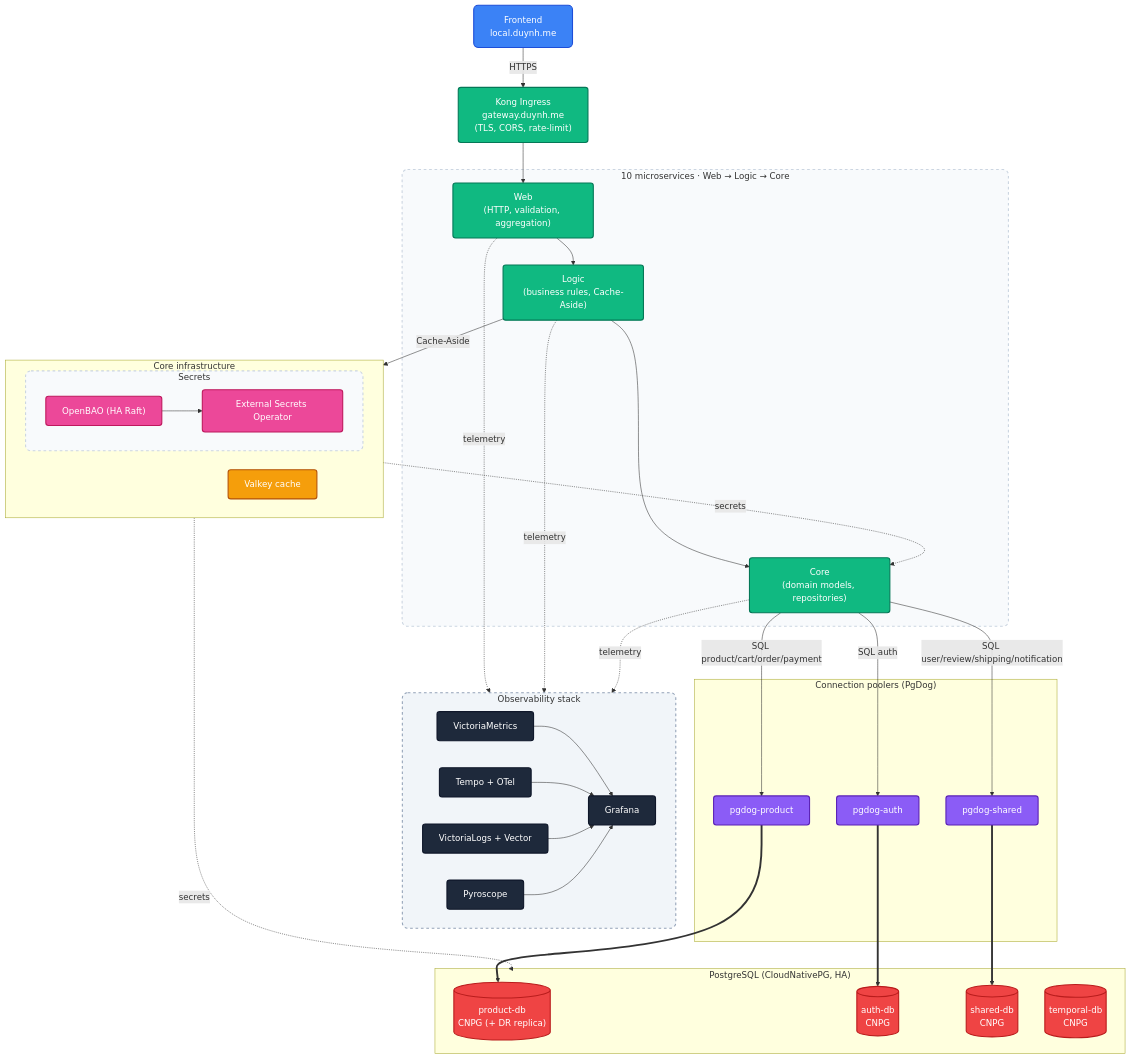
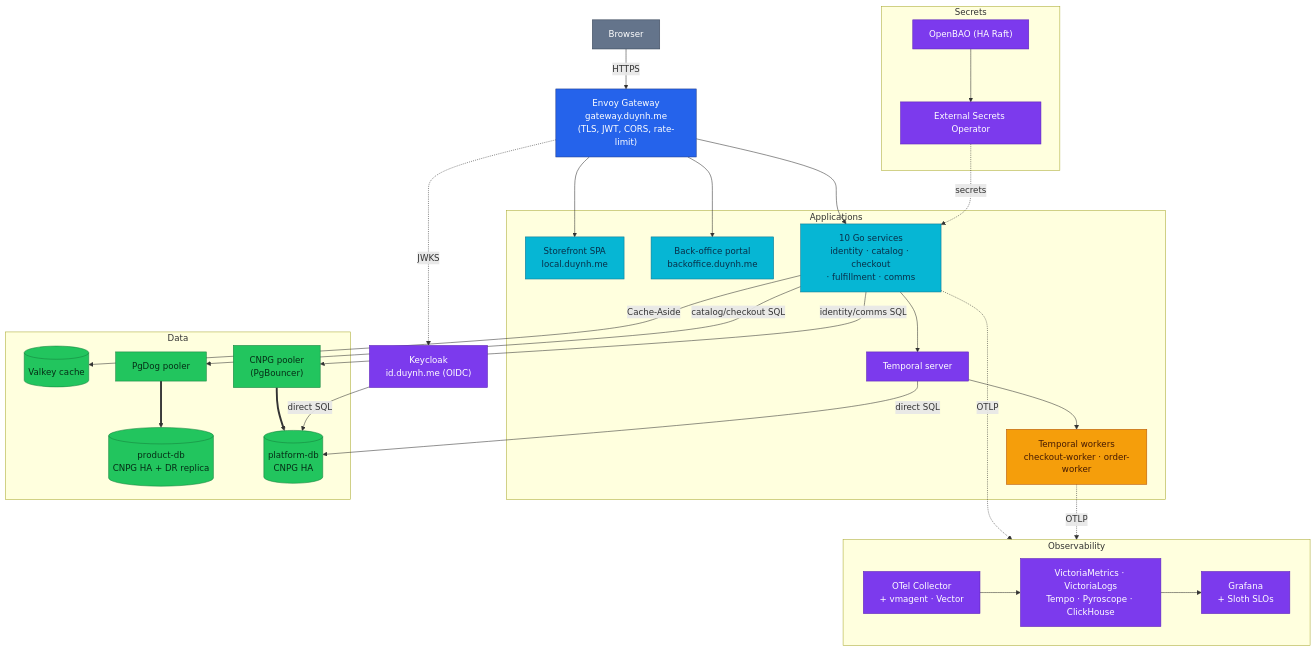
One commit to duynhlab/homelab changed the first of 2 diagrams in README.md. Above: the diagram before and after it, drawn with Mermaid. The commit also changed other lines of this file and 1 other file, not shown here.

Commit message:
Refresh root README to the deployed platform
The overview and topology diagram still described the Kong-era
layout: Kong as the edge, three PgDog poolers, and an
auth-db/shared-db/temporal-db cluster list that never matched the
deployed product-db/platform-db pair.

Redrawn against the manifests, in the house diagram palette: Envoy
Gateway edge (NodePorts 30080/30443) with Keycloak JWKS, storefront +
back-office + 10 Go services across the five domains, the Temporal
server/worker pair, PgDog (product-db) vs CNPG PgBouncer (platform-db)
pooling with Keycloak/Temporal direct connections, and the OTLP
observability plane including ClickHouse and Sloth. The local-access
table gains the id/backoffice/temporal hosts and the Kind port note
now names the Envoy Gateway NodePorts. Both Mermaid blocks rendered
with mmdc before commit.

````diff
--- a/README.md
+++ b/README.md
@@ -42,70 +44,54 @@
 ```mermaid
 flowchart TD
-    classDef frontend fill:#3b82f6,stroke:#1d4ed8,stroke-width:2px,color:#fff,rx:8px,ry:8px
-    classDef layer    fill:#10b981,stroke:#047857,stroke-width:2px,color:#fff,rx:5px,ry:5px
-    classDef cache    fill:#f59e0b,stroke:#b45309,stroke-width:2px,color:#fff,rx:5px,ry:5px
-    classDef pooler   fill:#8b5cf6,stroke:#5b21b6,stroke-width:2px,color:#fff,rx:5px,ry:5px
-    classDef database fill:#ef4444,stroke:#b91c1c,stroke-width:2px,color:#fff
-    classDef obs      fill:#1e293b,stroke:#0f172a,stroke-width:2px,color:#fff,rx:5px,ry:5px
-    classDef obsGroup fill:#f1f5f9,stroke:#94a3b8,stroke-width:2px,stroke-dasharray:5 5,rx:10px,ry:10px
-    classDef secret   fill:#ec4899,stroke:#be185d,stroke-width:2px,color:#fff,rx:5px,ry:5px
-    classDef servicebox fill:#f8fafc,stroke:#cbd5e1,stroke-width:2px,stroke-dasharray:5 5,rx:10px,ry:10px
+    classDef edge fill:#2563eb,color:#fff,stroke:#1e3a8a;
+    classDef service fill:#06b6d4,color:#082f49,stroke:#0e7490;
+    classDef worker fill:#f59e0b,color:#451a03,stroke:#b45309;
+    classDef platform fill:#7c3aed,color:#fff,stroke:#5b21b6;
+    classDef data fill:#22c55e,color:#052e16,stroke:#15803d;
+    classDef external fill:#64748b,color:#fff,stroke:#334155;
 
-    FE["Frontend<br/>local.duynh.me"]:::frontend
-    Kong["Kong Ingress<br/>gateway.duynh.me<br/>(TLS, CORS, rate-limit)"]:::layer
+    Browser["Browser"]:::external
+    EG["Envoy Gateway<br/>gateway.duynh.me<br/>(TLS, JWT, CORS, rate-limit)"]:::edge
+    KC["Keycloak<br/>id.duynh.me (OIDC)"]:::platform
 
-    subgraph Microservices ["10 microservices · Web → Logic → Core"]
-        WebLayer["Web<br/>(HTTP, validation, aggregation)"]:::layer
-        LogicLayer["Logic<br/>(business rules, Cache-Aside)"]:::layer
-        CoreLayer["Core<br/>(domain models, repositories)"]:::layer
-        WebLayer --> LogicLayer --> CoreLayer
+    subgraph Apps ["Applications"]
+        SPA["Storefront SPA<br/>local.duynh.me"]:::service
+        BO["Back-office portal<br/>backoffice.duynh.me"]:::service
+        SVC["10 Go services<br/>identity · catalog · checkout<br/>· fulfillment · comms"]:::service
+        TMP["Temporal server"]:::platform
+        WK["Temporal workers<br/>checkout-worker · order-worker"]:::worker
     end
 
-    subgraph Observability ["Observability stack"]
-        direction LR
-        prom["VictoriaMetrics"]:::obs
-        tempo["Tempo + OTel"]:::obs
-        vlogs["VictoriaLogs + Vector"]:::obs
-        pyro["Pyroscope"]:::obs
-        grafana["Grafana"]:::obs
-        prom & tempo & vlogs & pyro --> grafana
+    subgraph Data ["Data"]
+        valkey[("Valkey cache")]:::data
+        pgdog["PgDog pooler"]:::data
+        pgb["CNPG pooler<br/>(PgBouncer)"]:::data
+        productdb[("product-db<br/>CNPG HA + DR replica")]:::data
+        platformdb[("platform-db<br/>CNPG HA")]:::data
     end
 
-    subgraph CoreInfra ["Core infrastructure"]
+    subgraph Obs ["Observability"]
         direction LR
-        valkey["Valkey cache"]:::cache
-        subgraph SecretsDev ["Secrets"]
-            openbao["OpenBAO (HA Raft)"]:::secret
-            eso["External Secrets Operator"]:::secret
-            openbao --> eso
-        end
+        otel["OTel Collector<br/>+ vmagent · Vector"]:::platform
+        backends["VictoriaMetrics · VictoriaLogs<br/>Tempo · Pyroscope · ClickHouse"]:::platform
+        grafana["Grafana<br/>+ Sloth SLOs"]:::platform
+        otel --> backends --> grafana
     end
 
-    subgraph Poolers ["Connection poolers (PgDog)"]
-        pdog_product["pgdog-product"]:::pooler
-        pdog_auth["pgdog-auth"]:::pooler
-        pdog_shared["pgdog-shared"]:::pooler
+    subgraph Sec ["Secrets"]
+        openbao["OpenBAO (HA Raft)"]:::platform
+        eso["External Secrets Operator"]:::platform
+        openbao --> eso
     end
 
-    subgraph Databases ["PostgreSQL (CloudNativePG, HA)"]
-        db_product[("product-db<br/>CNPG (+ DR replica)")]:::database
-        db_auth[("auth-db<br/>CNPG")]:::database
-        db_shared[("shared-db<br/>CNPG")]:::database
-        db_temporal[("temporal-db<br/>CNPG")]:::database
-    end
-
-    FE -->|HTTPS| Kong --> WebLayer
-    WebLayer & LogicLayer & CoreLayer -.->|telemetry| Observability
-    LogicLayer -->|Cache-Aside| valkey
-    eso -.->|secrets| Databases
-    eso -.->|secrets| CoreLayer
-    CoreLayer -->|SQL product/cart/order/payment| pdog_product
-    CoreLayer -->|SQL auth| pdog_auth
-    CoreLayer -->|SQL user/review/shipping/notification| pdog_shared
-    pdog_product ==> db_product
-    pdog_auth ==> db_auth
-    pdog_shared ==> db_shared
-
-    class Microservices,SecretsDev servicebox
-    class Observability obsGroup
+    Browser -->|HTTPS| EG
+    EG --> SPA & BO & SVC
+    EG -.->|"JWKS"| KC
+    SVC -->|"Cache-Aside"| valkey
+    SVC --> TMP --> WK
+    SVC -->|"catalog/checkout SQL"| pgdog ==> productdb
+    SVC -->|"identity/comms SQL"| pgb ==> platformdb
+    KC & TMP -->|"direct SQL"| platformdb
+    SVC & WK -.->|"OTLP"| otel
+    eso -.->|"secrets"| SVC
 ```
````
